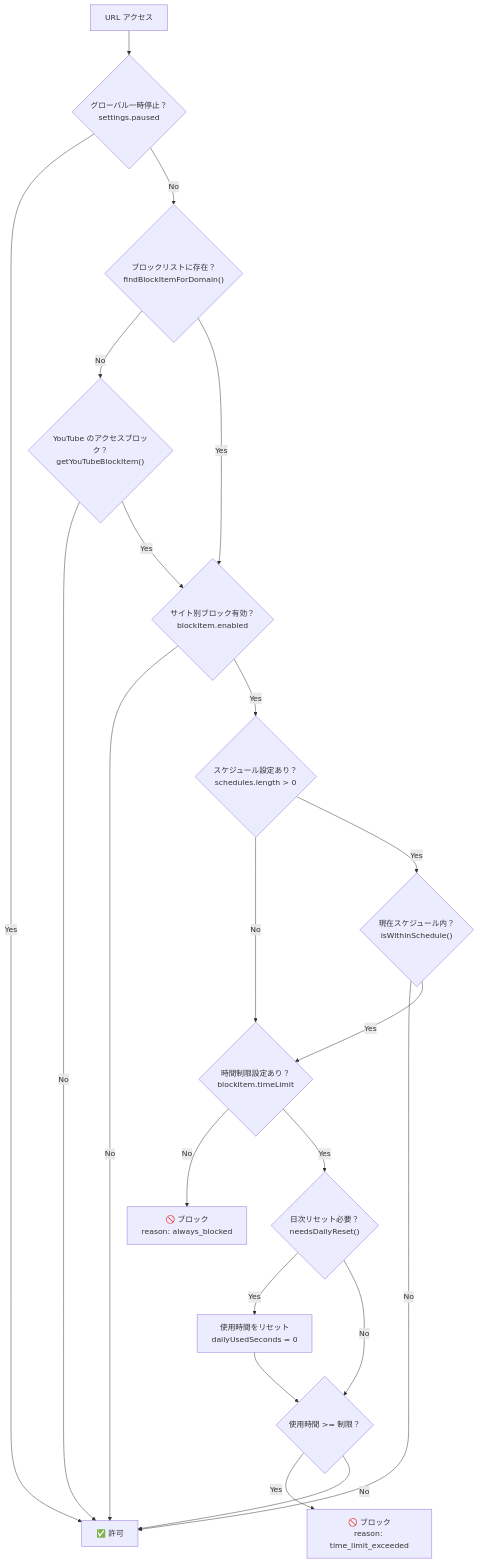
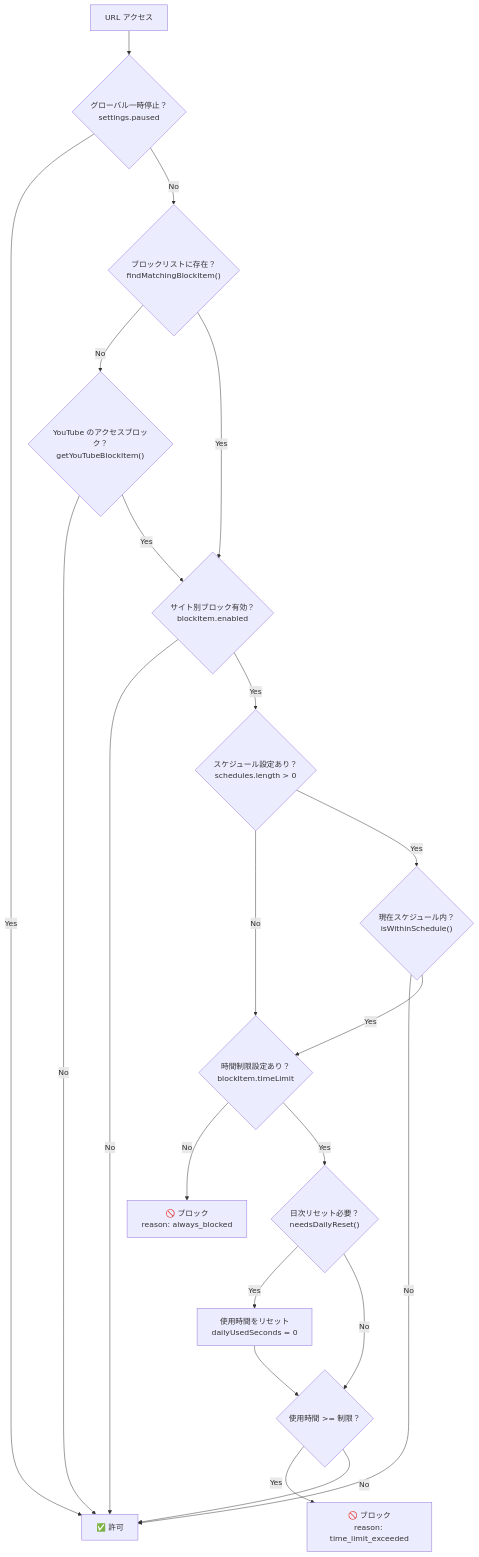
Before and after one commit to machina-gg/vision-focus: the first of 3 diagrams in docs/BLOCK_STATE_MACHINE.md, drawn with Mermaid. The commit also changed other lines of this file and 11 other files, not shown here.

````diff
--- a/docs/BLOCK_STATE_MACHINE.md
+++ b/docs/BLOCK_STATE_MACHINE.md
@@ -11,33 +11,33 @@
 ```mermaid
 flowchart TD
     Start["URL アクセス"] --> A{"グローバル一時停止？<br/>settings.paused"}
 
     A -->|Yes| Unblocked["✅ 許可"]
-    A -->|No| B{"ブロックリストに存在？<br/>findBlockItemForDomain()"}
+    A -->|No| B{"ブロックリストに存在？<br/>findMatchingBlockItem()"}
 
     B -->|No| YT{"YouTube のアクセスブロック？<br/>getYouTubeBlockItem()"}
     B -->|Yes| C{"サイト別ブロック有効？<br/>blockItem.enabled"}
 
     YT -->|No| Unblocked
     YT -->|Yes| C
 
     C -->|No| Unblocked
     C -->|Yes| D{"スケジュール設定あり？<br/>schedules.length > 0"}
 
     D -->|No| E{"時間制限設定あり？<br/>blockItem.timeLimit"}
     D -->|Yes| F{"現在スケジュール内？<br/>isWithinSchedule()"}
 
     F -->|No| Unblocked
     F -->|Yes| E
 
     E -->|No| Blocked["🚫 ブロック<br/>reason: always_blocked"]
     E -->|Yes| H{"日次リセット必要？<br/>needsDailyReset()"}
 
     H -->|Yes| J["使用時間をリセット<br/>dailyUsedSeconds = 0"]
     H -->|No| K{"使用時間 >= 制限？"}
 
     J --> K
 
     K -->|Yes| TimeLimitExceeded["🚫 ブロック<br/>reason: time_limit_exceeded"]
     K -->|No| Unblocked
 ```
````
